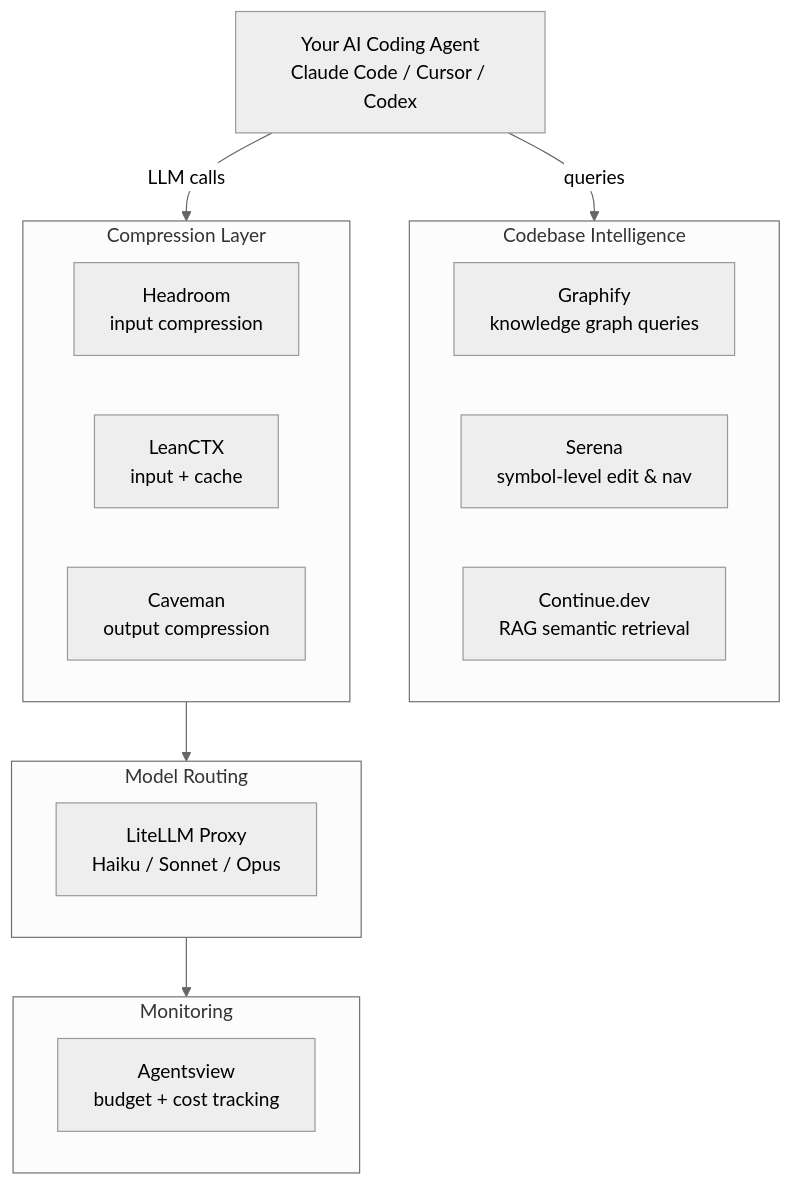
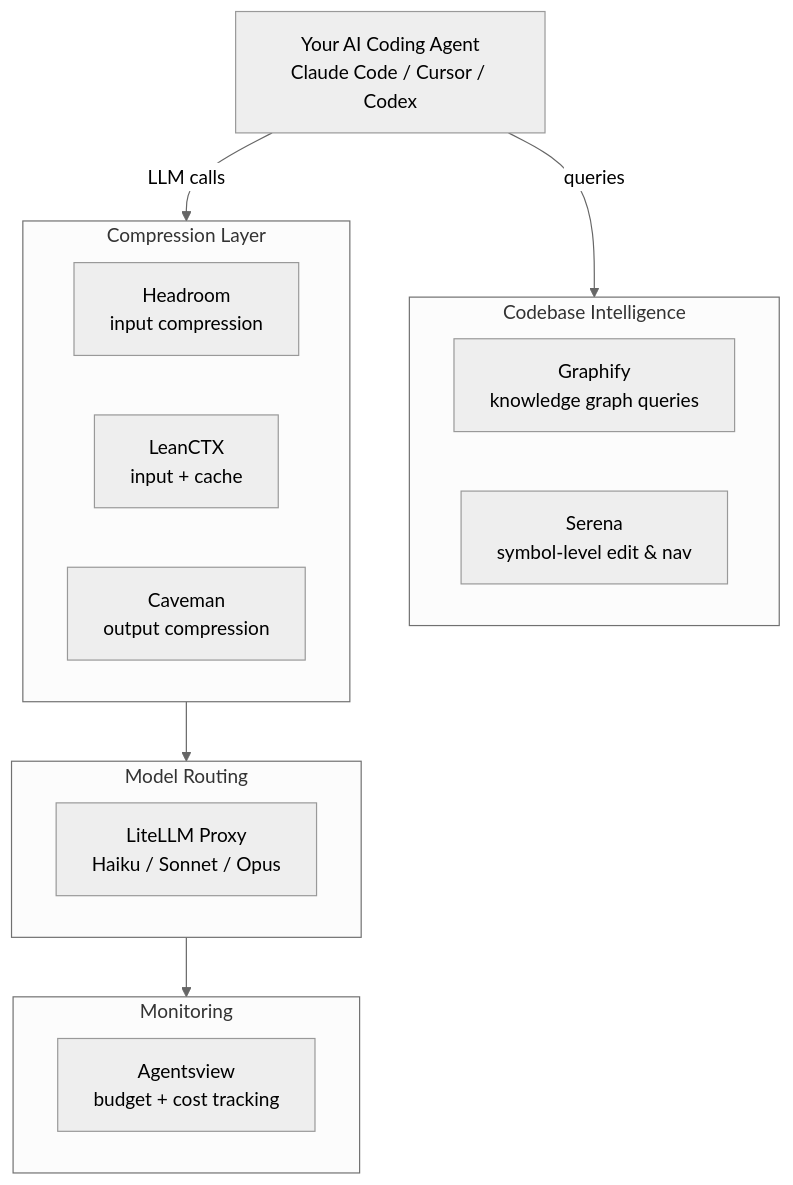
One commit to shreyasht/token-optimization-stack changed the diagram in README.md. Above: the diagram before and after it, drawn with Mermaid (neutral theme). The commit also changed other lines of this file and 1 other file, not shown here.

Commit message:
remove Continue.dev from the token optimization stack documentation and project overview.

````diff
--- a/README.md
+++ b/README.md
@@ -15,29 +15,28 @@
 ```mermaid
 flowchart TD
     Agent[Your AI Coding Agent<br/>Claude Code / Cursor / Codex]
     
     subgraph Intelligence [Codebase Intelligence]
         Graphify[Graphify<br/>knowledge graph queries]
         Serena[Serena<br/>symbol-level edit & nav]
-        Continue[Continue.dev<br/>RAG semantic retrieval]
     end
     
     subgraph Compression [Compression Layer]
         Headroom[Headroom<br/>input compression]
         LeanCTX[LeanCTX<br/>input + cache]
         Caveman[Caveman<br/>output compression]
     end
     
     subgraph Routing [Model Routing]
         LiteLLM[LiteLLM Proxy<br/>Haiku / Sonnet / Opus]
     end
     
     subgraph Monitoring [Monitoring]
         Agentsview[Agentsview<br/>budget + cost tracking]
     end
     
     Agent -- queries --> Intelligence
     Agent -- LLM calls --> Compression
     Compression --> Routing
     Routing --> Monitoring
 ```
````
